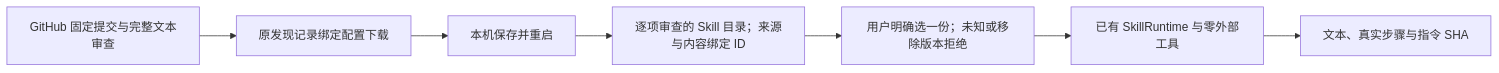
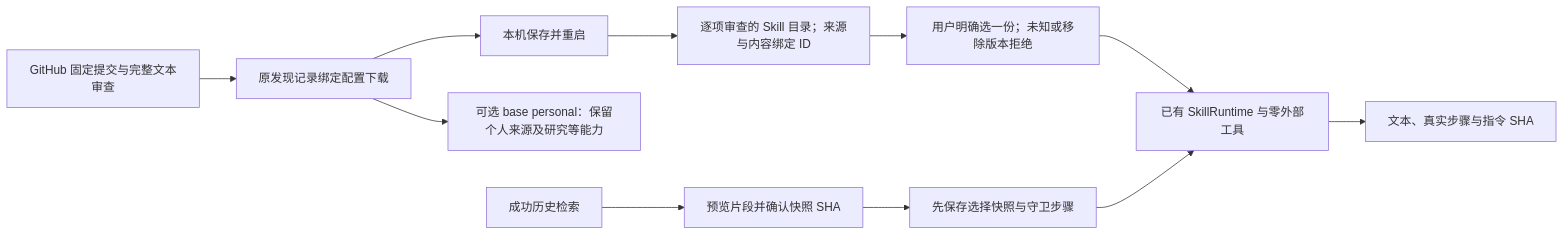
Before and after one commit to KlayPeter/AI-Delivery-Ops-Agent: the seventh of 7 diagrams in backend/src/platform/FEATURE.md, drawn with Mermaid. The commit also changed other lines of this file and 31 other files, not shown here.

````diff
--- a/backend/src/platform/FEATURE.md
+++ b/backend/src/platform/FEATURE.md
@@ -437,9 +437,13 @@
 ```mermaid
 flowchart LR
     SK_URL[GitHub 固定提交与完整文本审查] --> SK_PROFILE[原发现记录绑定配置下载]
     SK_PROFILE --> SK_RESTART[本机保存并重启]
     SK_RESTART --> SK_CATALOG[逐项审查的 Skill 目录；来源与内容绑定 ID]
     SK_CATALOG --> SK_SELECT[用户明确选一份；未知或移除版本拒绝]
     SK_SELECT --> SK_RUNTIME[已有 SkillRuntime 与零外部工具]
+    SK_PROFILE --> SK_BASE[可选 base personal：保留个人来源及研究等能力]
+    SK_KNOW[成功历史检索] --> SK_CONFIRM[预览片段并确认快照 SHA]
+    SK_CONFIRM --> SK_SAVE[先保存选择快照与守卫步骤]
+    SK_SAVE --> SK_RUNTIME
     SK_RUNTIME --> SK_TRACE[文本、真实步骤与指令 SHA]
 ```
````
